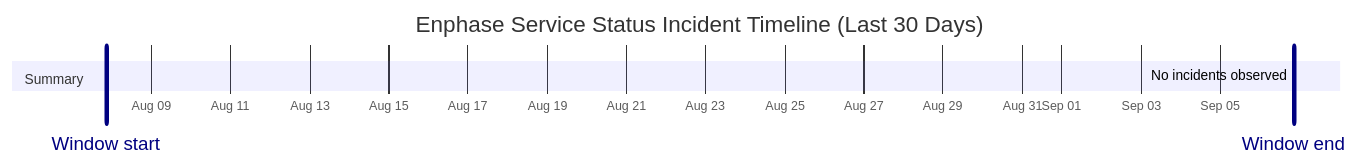
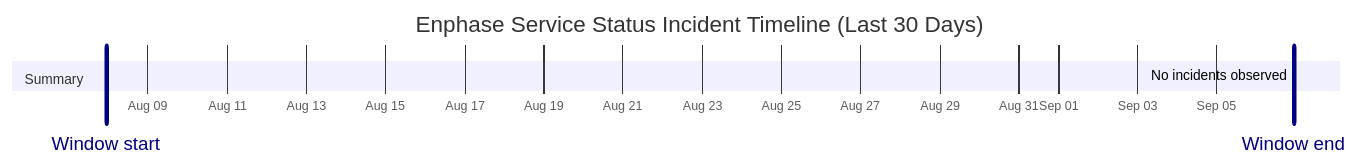
Before and after one commit to barneyonline/ha-enphase-energy: the diagram in wiki/Service-Status-History.md, drawn with Mermaid. The commit also changed other lines of this file and 3 other files, not shown here.

````diff
--- a/wiki/Service-Status-History.md
+++ b/wiki/Service-Status-History.md
@@ -14,10 +14,10 @@
 ```mermaid
 gantt
     title Enphase Service Status Incident Timeline (Last 30 Days)
     dateFormat  YYYY-MM-DDTHH:mm:ss
     axisFormat  %b %d
-    Window start :vert, window-start, 2026-08-07T20:38:22, 0ms
-    Window end :vert, window-end, 2026-09-06T20:38:22, 0ms
+    Window start :vert, window-start, 2026-08-07T22:41:33, 0ms
+    Window end :vert, window-end, 2026-09-06T22:41:33, 0ms
     section Summary
-    No incidents observed :done, 2026-09-06T20:38:22, 1m
+    No incidents observed :done, 2026-09-06T22:41:33, 1m
 ```
````
